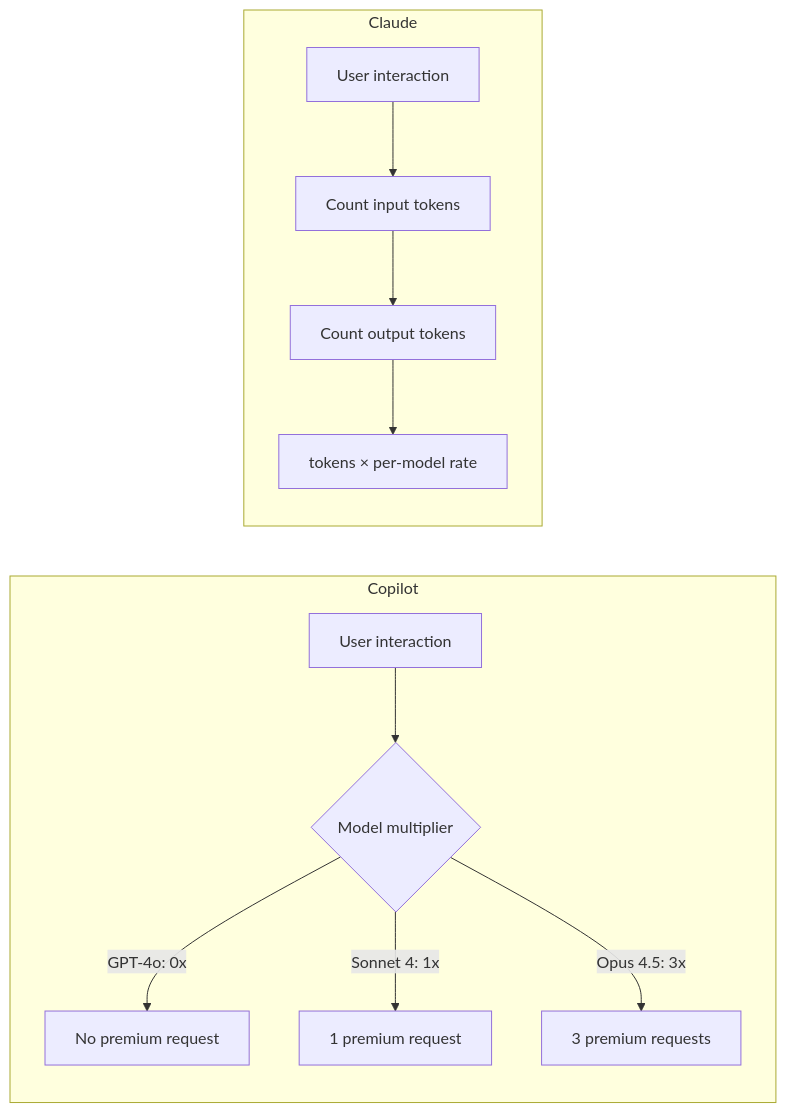
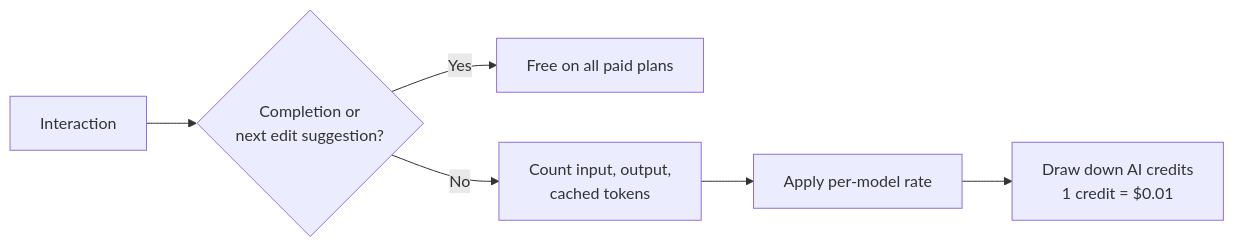
The diagram in human/copilot-vs-claude-billing-semantics.md (agentpatterns-ai/website), drawn with Mermaid before and after one commit. The commit also changed other lines of this file and 373 other files, not shown here.

````diff
--- a/human/copilot-vs-claude-billing-semantics.md
+++ b/human/copilot-vs-claude-billing-semantics.md
@@ -25,14 +27,8 @@
 ```mermaid
 flowchart LR
-    subgraph Copilot
-        A[User interaction] --> B{Model multiplier}
-        B -->|GPT-4o: 0x| C[No premium request]
-        B -->|Sonnet 4: 1x| D[1 premium request]
-        B -->|Opus 4.5: 3x| E[3 premium requests]
-    end
-    subgraph Claude
-        F[User interaction] --> G[Count input tokens]
-        G --> H[Count output tokens]
-        H --> I[tokens × per-model rate]
-    end
+    A[Interaction] --> B{Completion or<br/>next edit suggestion?}
+    B -->|Yes| C[Free on all paid plans]
+    B -->|No| D[Count input, output,<br/>cached tokens]
+    D --> E[Apply per-model rate]
+    E --> F[Draw down AI credits<br/>1 credit = $0.01]
 ```
````
